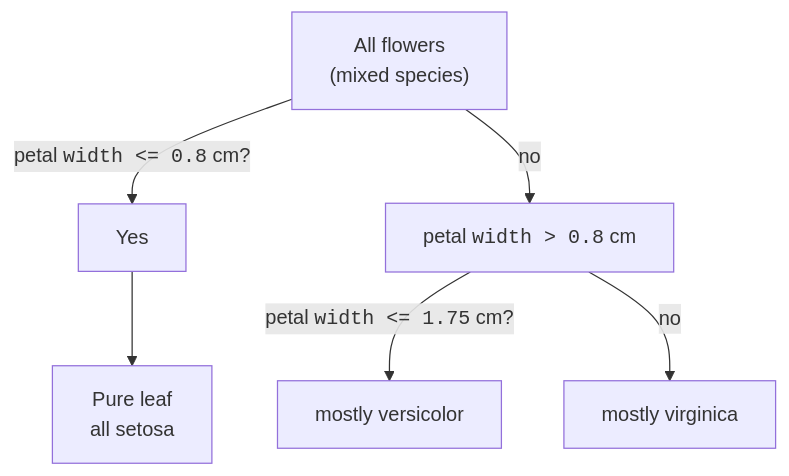
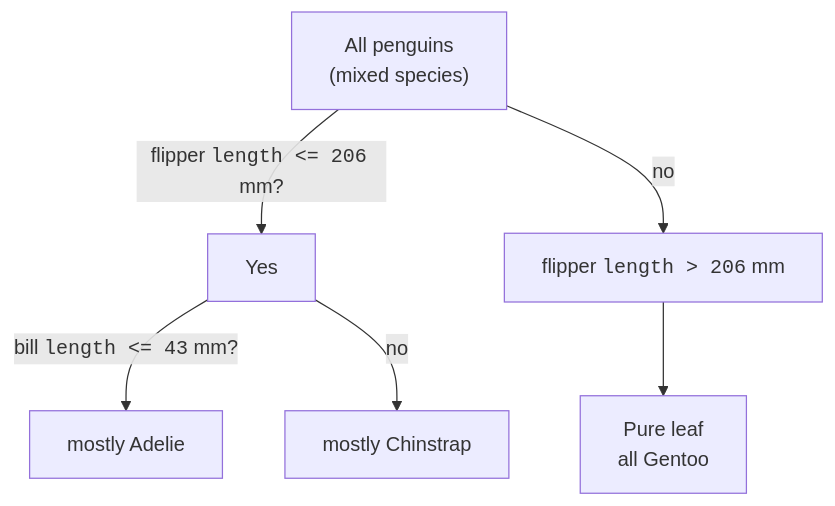
Before and after one commit to dataslope/dataslope: the diagram in content/learn/machine-learning-scikit-learn/decision-trees.mdx, drawn with Mermaid. The commit also changed other lines of this file and 32 other files, not shown here.

````diff
--- a/content/learn/machine-learning-scikit-learn/decision-trees.mdx
+++ b/content/learn/machine-learning-scikit-learn/decision-trees.mdx
@@ -116,8 +115,8 @@
 ```mermaid
 flowchart TD
-    A["All flowers<br/>(mixed species)"] -->|"petal <code>width &lt;= 0.8</code> cm?"| B["Yes"]
-    A -->|"no"| C["petal <code>width &gt; 0.8</code> cm"]
-    B --> D["Pure leaf<br/>all setosa"]
-    C -->|"petal <code>width &lt;= 1.75</code> cm?"| E["mostly versicolor"]
-    C -->|"no"| F["mostly virginica"]
+    A["All penguins<br/>(mixed species)"] -->|"flipper <code>length &lt;= 206</code> mm?"| B["Yes"]
+    A -->|"no"| C["flipper <code>length &gt; 206</code> mm"]
+    C --> F["Pure leaf<br/>all Gentoo"]
+    B -->|"bill <code>length &lt;= 43</code> mm?"| D["mostly Adelie"]
+    B -->|"no"| E["mostly Chinstrap"]
 ```
````
